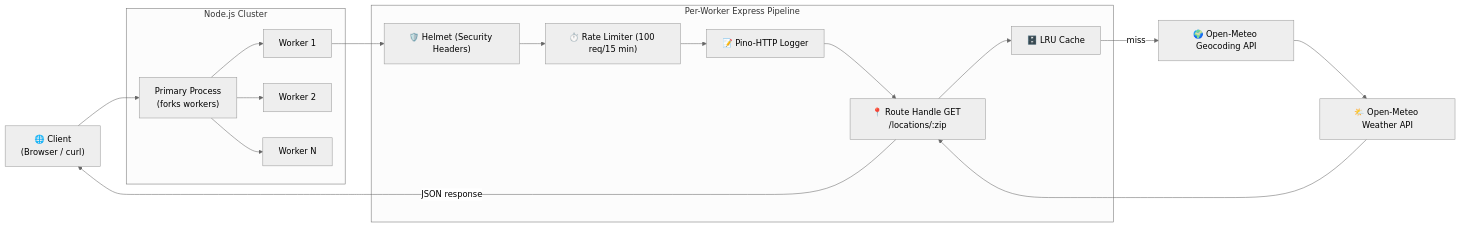
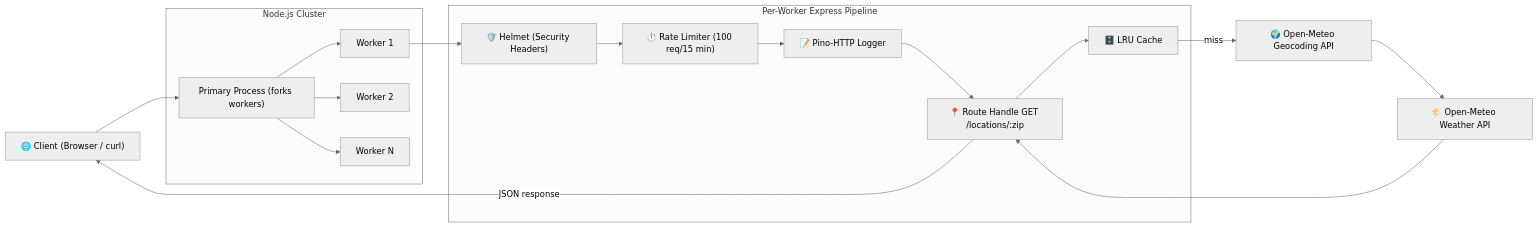
Before and after one commit to Arnav2525/cyber-range-weather-api: the diagram in README.md, drawn with Mermaid (neutral theme).

Commit message:
Fix formatting in README.md flowchart

````diff
--- a/README.md
+++ b/README.md
@@ -1,34 +1,34 @@
 ```mermaid
 flowchart LR
-  Client["🌐 Client\n(Browser / curl)"]
+  Client["🌐 Client (Browser / curl)"]
 
   subgraph Cluster["Node.js Cluster"]
-    Primary["Primary Process\n(forks workers)"]
+    Primary["Primary Process (forks workers)"]
     W1["Worker 1"]
     W2["Worker 2"]
     WN["Worker N"]
   end
 
   subgraph Pipeline["Per-Worker Express Pipeline"]
     Helmet["🛡️ Helmet (Security Headers)"]
     RateLimit["⏱️ Rate Limiter (100 req/15 min)"]
     Logger["📝 Pino-HTTP Logger"]
     Handler["📍 Route Handle GET /locations/:zip"]
     Cache["🗄️ LRU Cache"]
   end
 
   GeoAPI["🌍 Open-Meteo Geocoding API"]
   WeatherAPI["🌤️ Open-Meteo Weather API"]
 
   Client --> Primary
   Primary --> W1 & W2 & WN
   W1 --> Helmet
   Helmet --> RateLimit
   RateLimit --> Logger
   Logger --> Handler
   Handler --> Cache
   Cache -->|miss| GeoAPI
   GeoAPI --> WeatherAPI
   WeatherAPI --> Handler
   Handler -->|JSON response| Client
 ```
````
